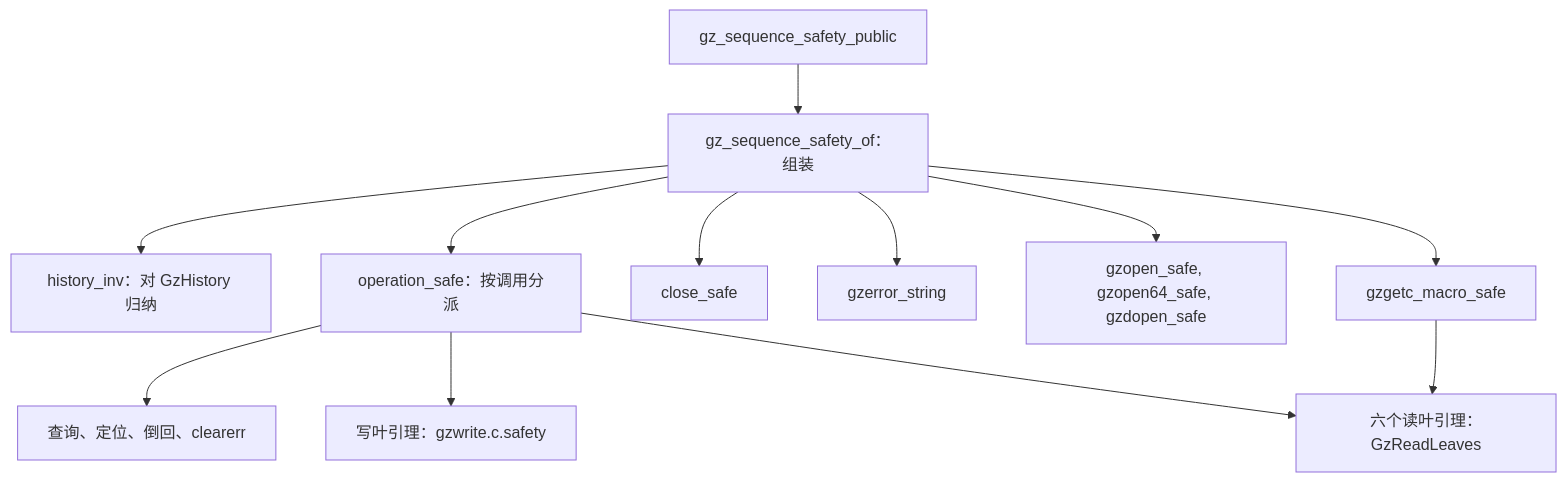
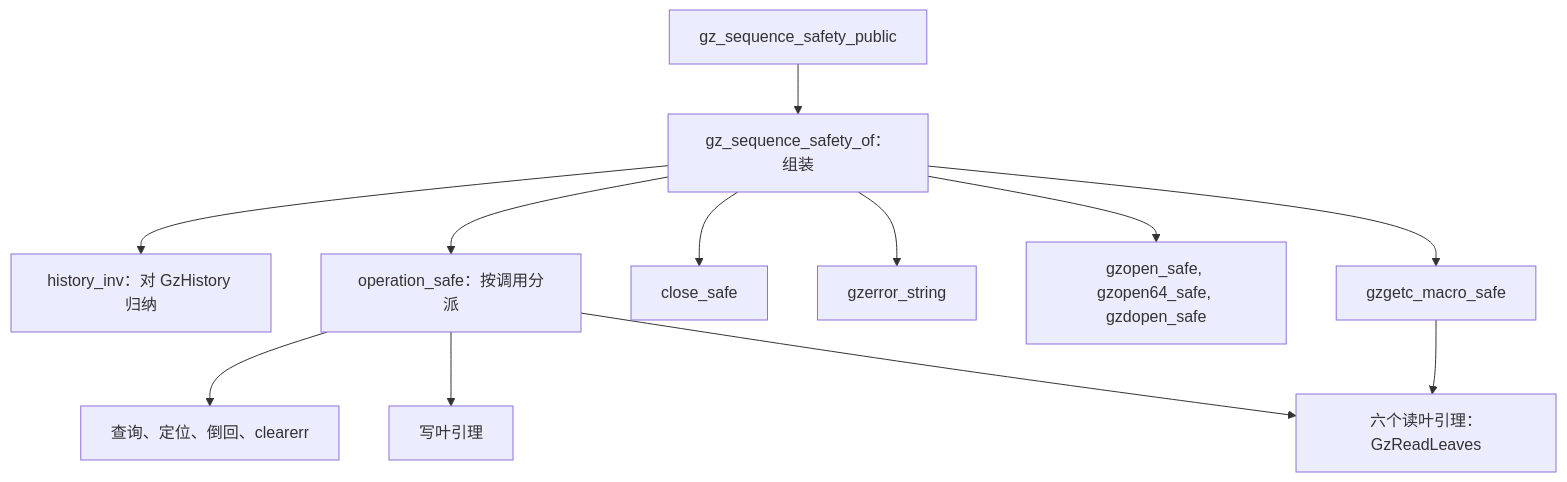
Before and after one commit to cla7aye15I4nd/oss-proof: the first of 2 diagrams in docs/proof/gzip.zh.md, drawn with Mermaid. The commit also changed other lines of this file and 35 other files, not shown here.

````diff
--- a/docs/proof/gzip.zh.md
+++ b/docs/proof/gzip.zh.md
@@ -175,14 +170,14 @@
 ```mermaid
 flowchart TD
     G["gz_sequence_safety_public"] --> A["gz_sequence_safety_of：组装"]
     A --> H["history_inv：对 GzHistory 归纳"]
     A --> O["operation_safe：按调用分派"]
     A --> C["close_safe"]
     A --> E["gzerror_string"]
     A --> P["gzopen_safe, gzopen64_safe, gzdopen_safe"]
     O --> Q["查询、定位、倒回、clearerr"]
-    O --> W["写叶引理：gzwrite.c.safety"]
+    O --> W["写叶引理"]
     O --> R["六个读叶引理：GzReadLeaves"]
     A --> M["gzgetc_macro_safe"]
     M --> R
 ```
````
